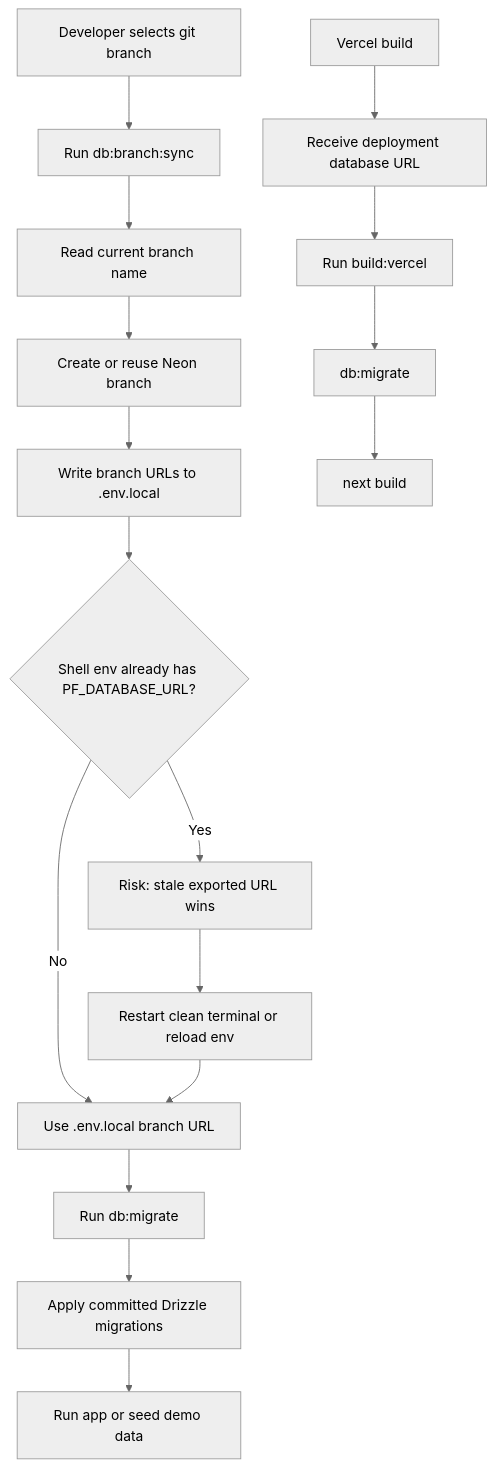
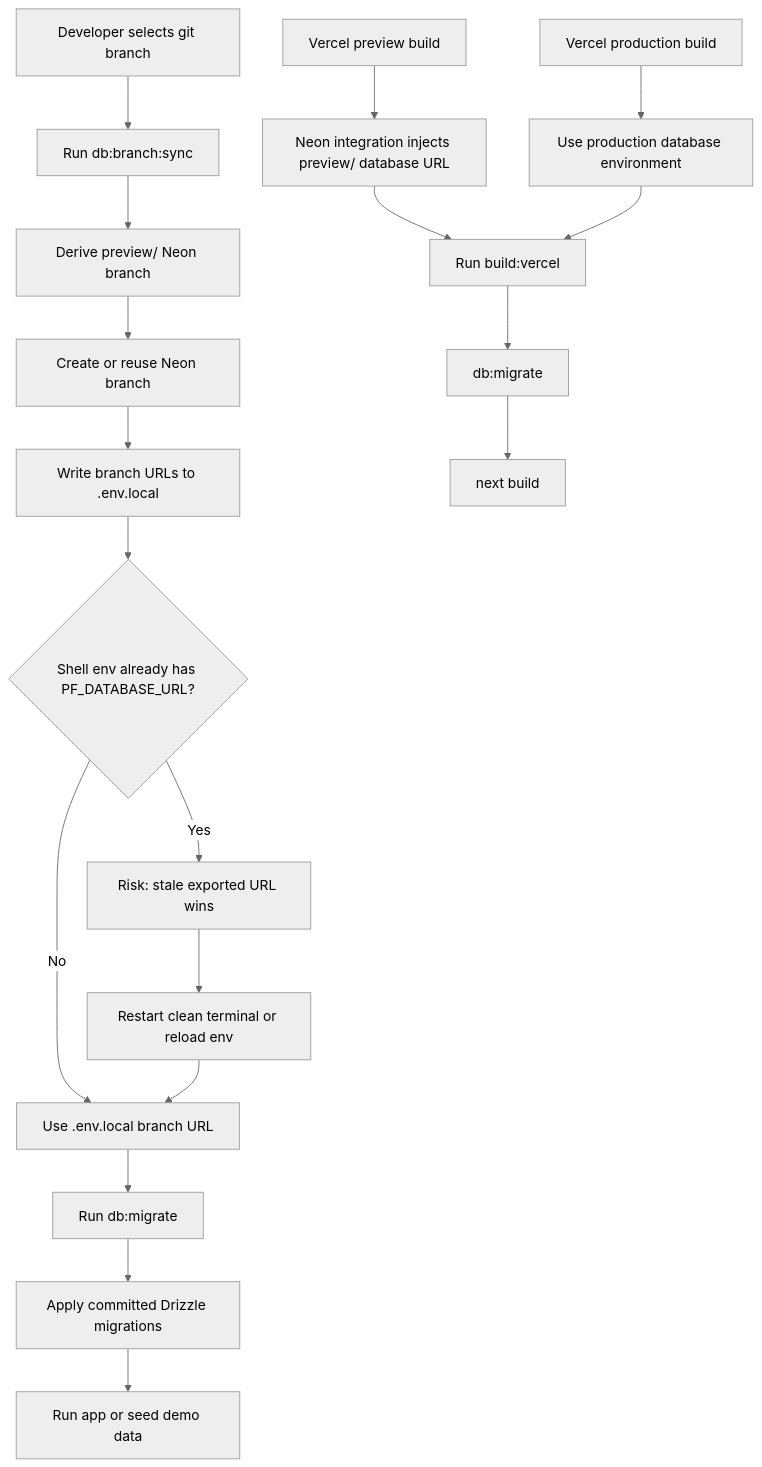
Before and after one commit to TheThouZands/portfolio: the diagram in analysis/design/diagrams/pf-diag-005-deployment-neon-branch-workflow.md, drawn with Mermaid (neutral theme). The commit also changed other lines of this file and 7 other files, not shown here.

Commit message:
chore(db): align local sync with preview Neon branch

````diff
--- a/analysis/design/diagrams/pf-diag-005-deployment-neon-branch-workflow.md
+++ b/analysis/design/diagrams/pf-diag-005-deployment-neon-branch-workflow.md
@@ -22,23 +23,26 @@
 ```mermaid
 flowchart TD
   A["Developer selects git branch"] --> B["Run db:branch:sync"]
-  B --> C["Read current branch name"]
+  B --> C["Derive preview/<git-branch> Neon branch"]
   C --> D["Create or reuse Neon branch"]
   D --> E["Write branch URLs to .env.local"]
   E --> F{"Shell env already has PF_DATABASE_URL?"}
 
   F -->|Yes| G["Risk: stale exported URL wins"]
   F -->|No| H["Use .env.local branch URL"]
 
   G --> I["Restart clean terminal or reload env"]
   I --> H
 
   H --> J["Run db:migrate"]
   J --> K["Apply committed Drizzle migrations"]
   K --> L["Run app or seed demo data"]
 
-  M["Vercel build"] --> N["Receive deployment database URL"]
+  M["Vercel preview build"] --> N["Neon integration injects preview/<git-branch> database URL"]
   N --> O["Run build:vercel"]
   O --> P["db:migrate"]
   P --> Q["next build"]
+
+  R["Vercel production build"] --> S["Use production database environment"]
+  S --> O
 ```
````
